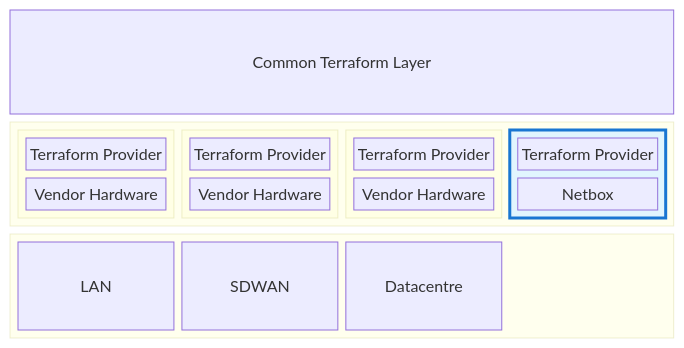
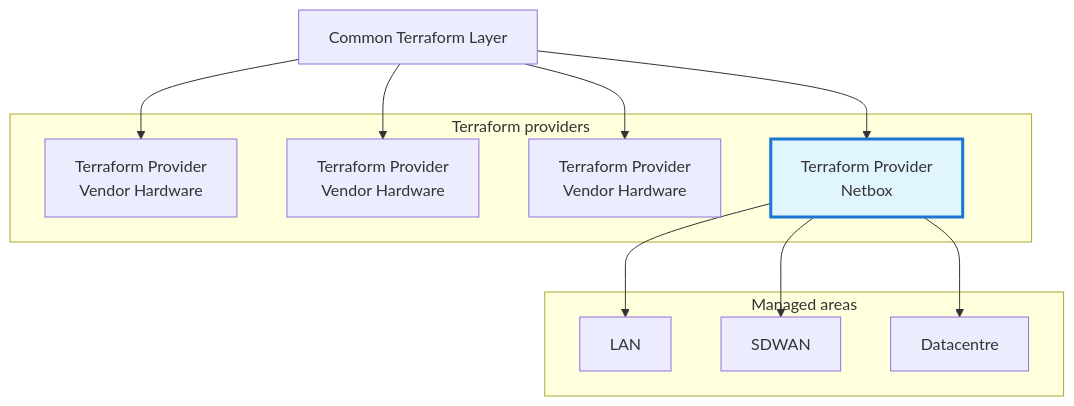
The second of 4 diagrams in blog/bringing-it-all-together.md (simonpainter/www.simonpainter.com), drawn with Mermaid before and after one commit. The commit also changed other lines of this file and 32 other files, not shown here.

First line of the commit message:
Add Mermaid accessibility metadata and prose summaries across blog diagrams (#387)

````diff
--- a/blog/bringing-it-all-together.md
+++ b/blog/bringing-it-all-together.md
@@ -64,40 +57,31 @@
 ```mermaid
+flowchart TB
+    accTitle: Bringing it all together for network automation: flowchart diagram 2
+    accDescr: The workflow for physical changes follows similar to config changes - a branch is created with specifics of the physical changes to be made.
 
-block-beta
-columns 1
-  TF["Common Terraform Layer"]
-  block:TerraformProviders
-    block:TerraformProvider1
-    columns 1
-    P1["Terraform Provider"]
-    V1["Vendor Hardware"]
-    end
-    block:TerraformProvider2
-    columns 1
-    P2["Terraform Provider"]
-    V2["Vendor Hardware"]
-    end
-        block:TerraformProvider3
-    columns 1
-    P3["Terraform Provider"]
-    V3["Vendor Hardware"]
+    TF[Common Terraform Layer]
+
+    subgraph Providers[Terraform providers]
+        P1[Terraform Provider<br/>Vendor Hardware]
+        P2[Terraform Provider<br/>Vendor Hardware]
+        P3[Terraform Provider<br/>Vendor Hardware]
+        P4[Terraform Provider<br/>Netbox]
     end
 
-            block:TerraformProvider4
-    columns 1
-    P4["Terraform Provider"]
-    V4["Netbox"]
+    subgraph Areas[Managed areas]
+        A1[LAN]
+        A2[SDWAN]
+        A3[Datacentre]
     end
-  end
 
-  block:area
-  columns 4
-  A1["LAN"]
-  A2["SDWAN"]
-  A3["Datacentre"]
-  space
-  end
+    TF --> P1
+    TF --> P2
+    TF --> P3
+    TF --> P4
+    P4 --> A1
+    P4 --> A2
+    P4 --> A3
 
-  style TerraformProvider4 fill:#e1f5fe,stroke:#1976d2,stroke-width:3px
-
+    classDef netbox fill:#e1f5fe,stroke:#1976d2,stroke-width:3px;
+    class P4 netbox;
 ```
````
